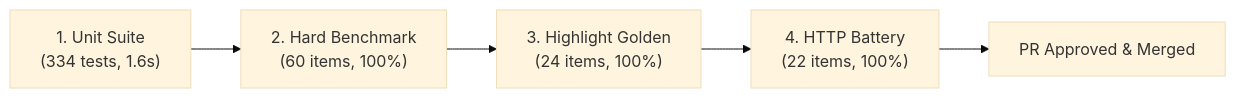
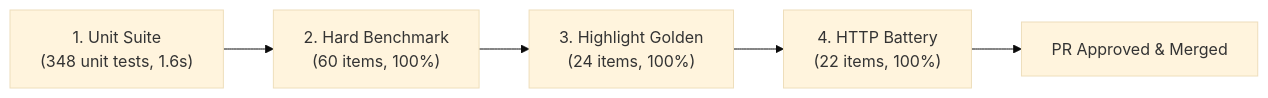
Before and after one commit to Skufu/NekoHon: the third of 4 diagrams in docs/ENGINEERING_AND_BENCHMARKS.md, drawn with Mermaid (base theme). The commit also changed other lines of this file and 28 other files, not shown here.

````diff
--- a/docs/ENGINEERING_AND_BENCHMARKS.md
+++ b/docs/ENGINEERING_AND_BENCHMARKS.md
@@ -196,7 +205,7 @@
 ```mermaid
 flowchart LR
-    Unit["1. Unit Suite<br/>(334 tests, 1.6s)"] --> Hard["2. Hard Benchmark<br/>(60 items, 100%)"]
+    Unit["1. Unit Suite<br/>(348 unit tests, 1.6s)"] --> Hard["2. Hard Benchmark<br/>(60 items, 100%)"]
     Hard --> High["3. Highlight Golden<br/>(24 items, 100%)"]
     High --> Batt["4. HTTP Battery<br/>(22 items, 100%)"]
     Batt --> PR["PR Approved &amp; Merged"]
 ```
````
